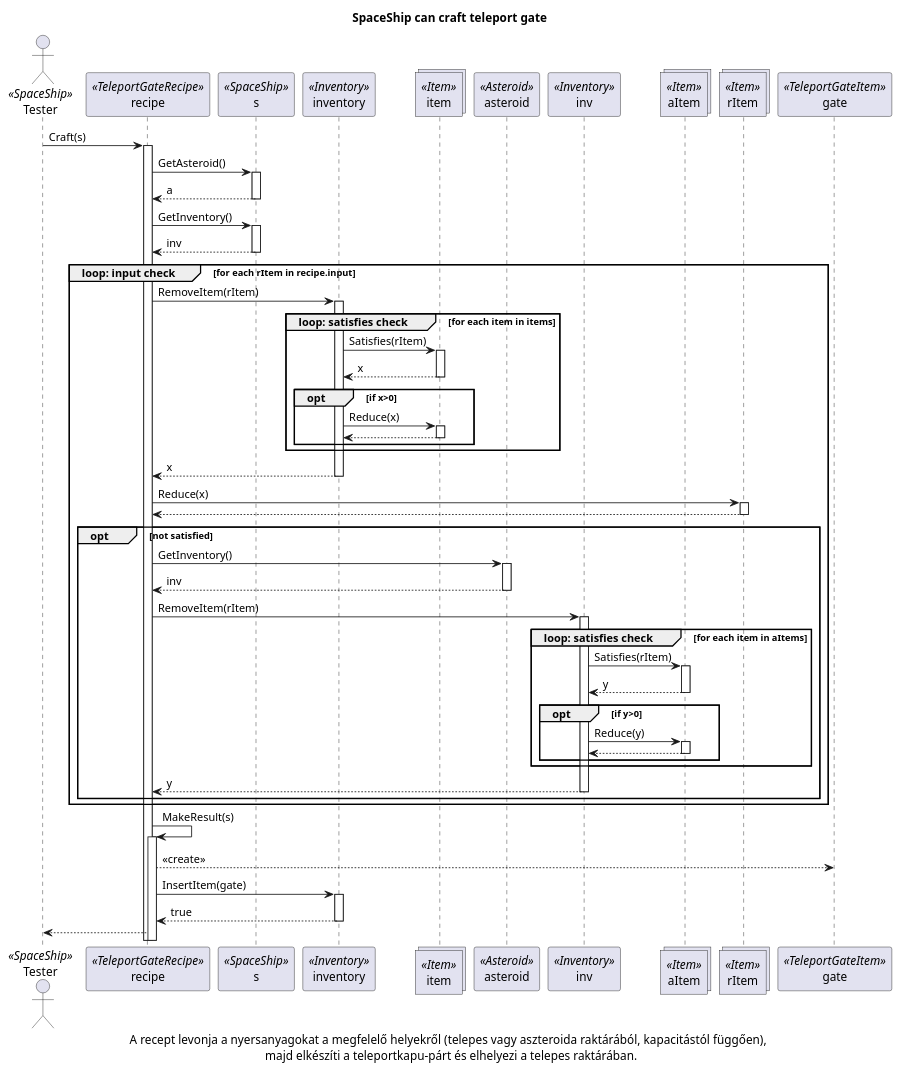
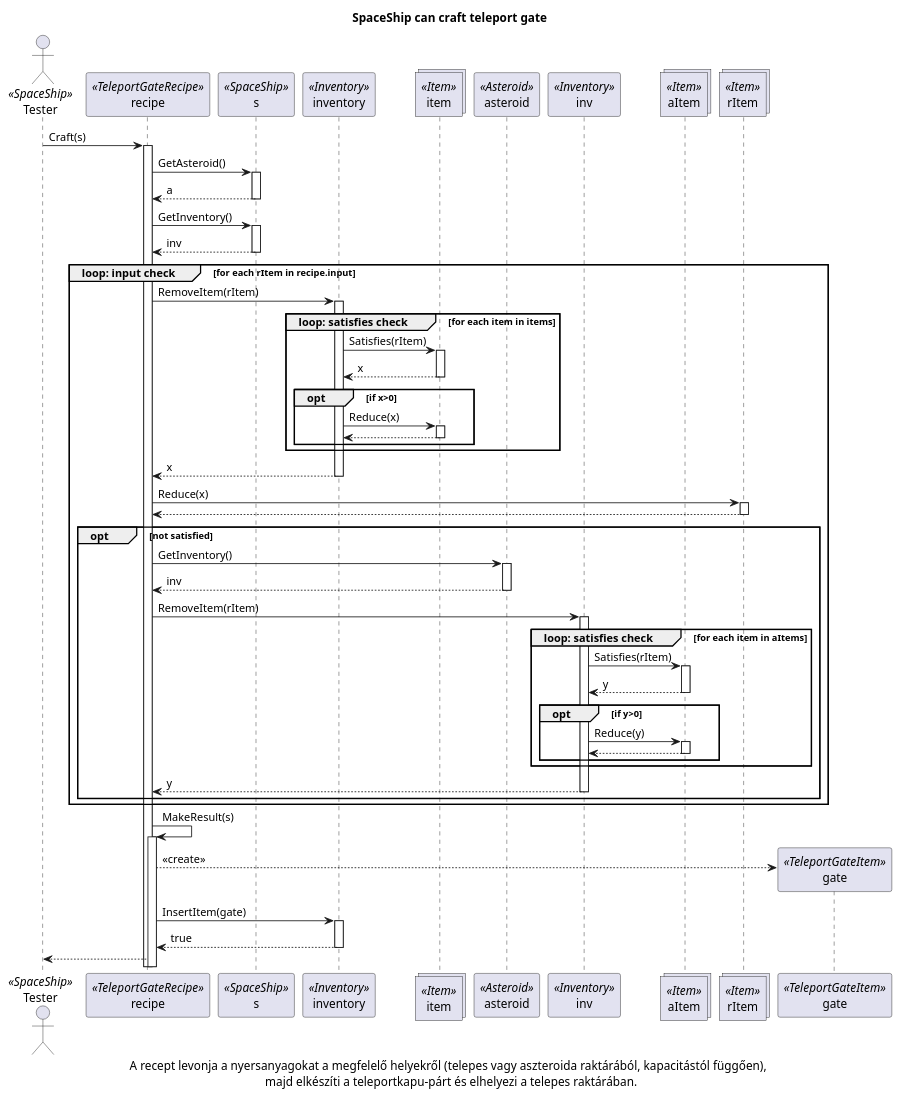
Before and after one commit to viseguard-studios/Documentation: the diagram in docs/Skeleton/diagrams/Craft_teleport_gate/sequence/3. Craft_gate.puml, drawn with PlantUML. The commit also changed 16 other files, not shown here.

```diff
--- a/docs/Skeleton/diagrams/Craft_teleport_gate/sequence/3. Craft_gate.puml
+++ b/docs/Skeleton/diagrams/Craft_teleport_gate/sequence/3. Craft_gate.puml
@@ -1,70 +1,71 @@
 @startuml
 actor Tester as Tester<<SpaceShip>>
 participant recipe as recipe <<TeleportGateRecipe>>
 participant s as s <<SpaceShip>>
 participant inventory as inventory <<Inventory>>
 collections item as item <<Item>>
 participant asteroid as asteroid <<Asteroid>>
 participant inv as inv <<Inventory>>
 collections aItem as aItem <<Item>>
 collections rItem as rItem <<Item>>
 participant gate as gate <<TeleportGateItem>>
 
 title SpaceShip can craft teleport gate
 
 Tester-> recipe++: Craft(s)
 
 recipe -> s++: GetAsteroid()
 s --> recipe--: a
 
 recipe -> s++: GetInventory()
 s --> recipe--: inv
 
 group loop: input check[for each rItem in recipe.input]
 
     recipe -> inventory++: RemoveItem(rItem)
 
     group loop: satisfies check [for each item in items] 
          inventory -> item++: Satisfies(rItem)
          item --> inventory--: x
         group opt [if x>0]
             inventory -> item++: Reduce(x)
             item --> inventory--:
         end
     end
 
     inventory-->recipe--: x
 
     recipe -> rItem++: Reduce(x)
     rItem --> recipe--: 
 
     group opt [not satisfied]
         recipe -> asteroid++: GetInventory()
         asteroid --> recipe--: inv
 
         recipe -> inv++: RemoveItem(rItem)
 
             group loop: satisfies check [for each item in aItems] 
                  inv -> aItem++: Satisfies(rItem)
                  aItem --> inv--: y
                 group opt [if y>0]
                       inv -> aItem++: Reduce(y)
                       aItem --> inv--:
                  end
            end
         inv--> recipe--: y
     end
 end
 
 recipe -> recipe++: MakeResult(s)
 
+create gate
 recipe --> gate: <<create>>
 
 recipe -> inventory++: InsertItem(gate)
 inventory --> recipe--: true
 
 recipe --> Tester: 
 
 caption A recept levonja a nyersanyagokat a megfelelő helyekről (telepes vagy aszteroida raktárából, kapacitástól függően), \n majd elkészíti a teleportkapu-párt és elhelyezi a telepes raktárában.  
 
 @enduml
```
